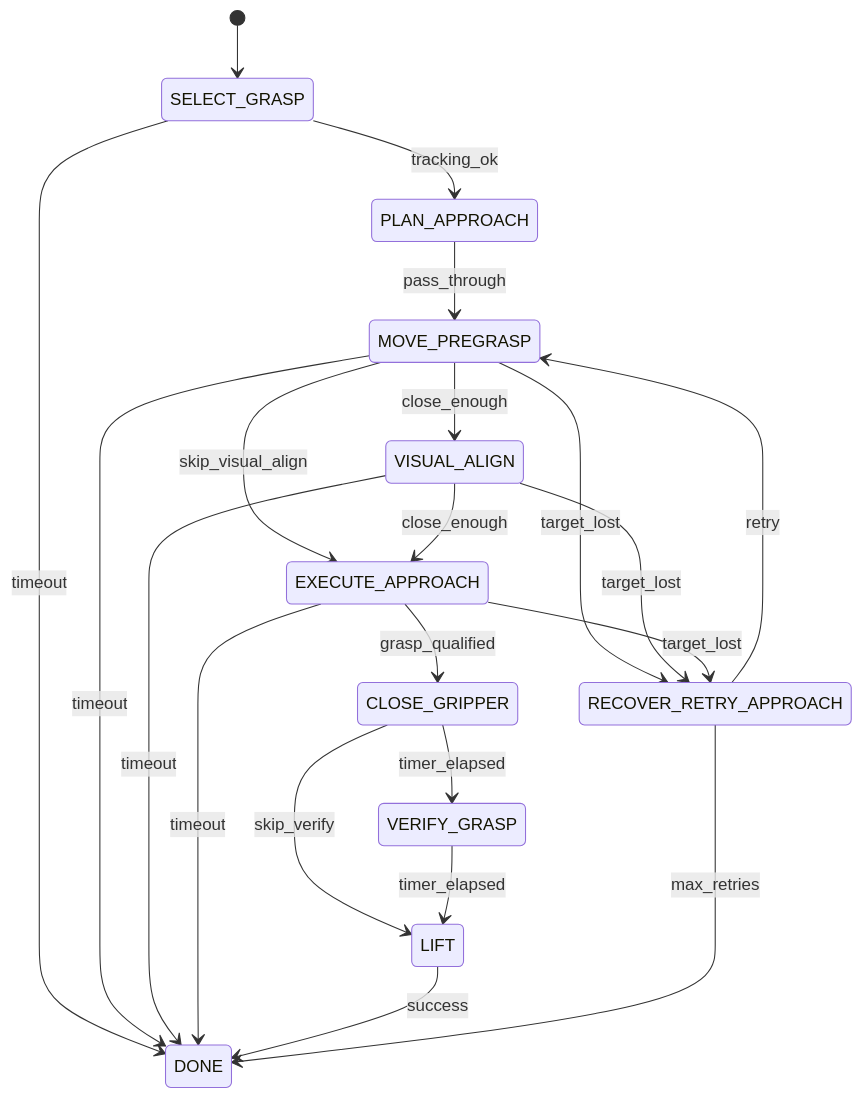
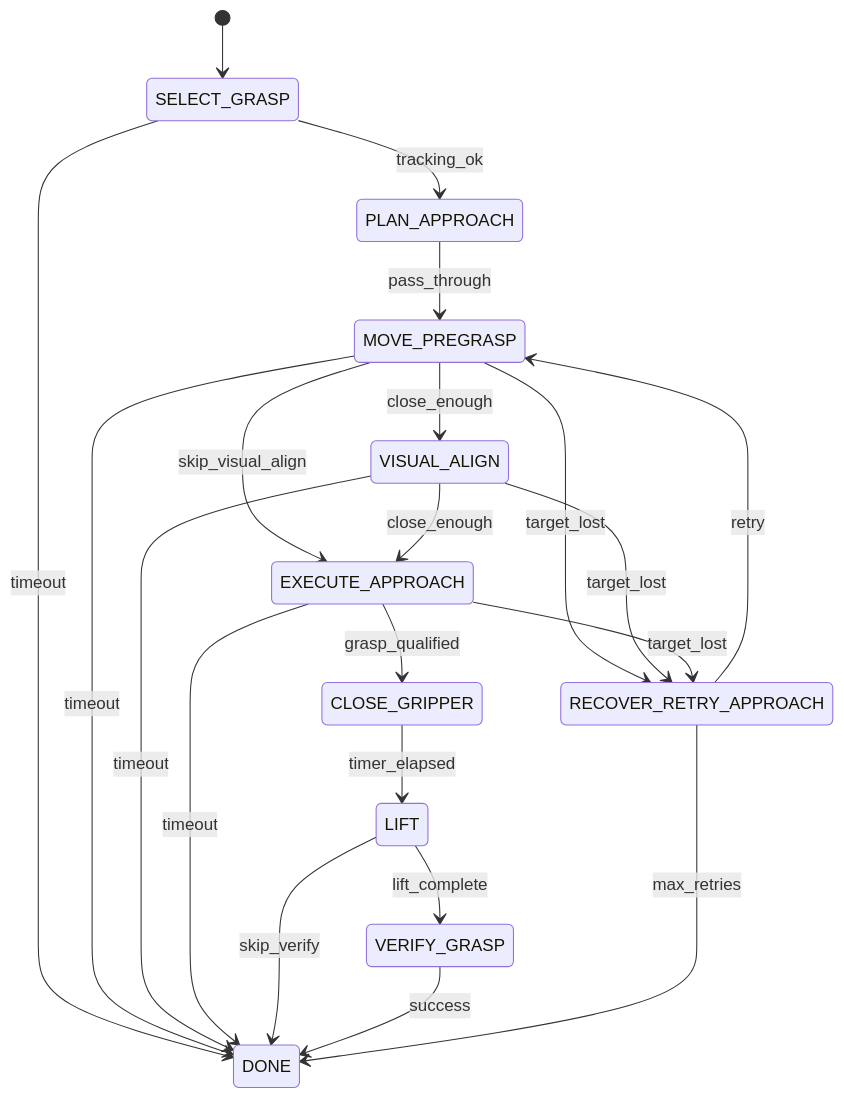
The diagram in configs/skills/pick/default.mmd (andrei-ace/HALO), drawn with Mermaid before and after one commit. The commit also changed 24 other files, not shown here.

```diff
--- a/configs/skills/pick/default.mmd
+++ b/configs/skills/pick/default.mmd
@@ -1,21 +1,21 @@
 stateDiagram-v2
     [*] --> SELECT_GRASP
     SELECT_GRASP --> PLAN_APPROACH : tracking_ok
     SELECT_GRASP --> DONE : timeout
     PLAN_APPROACH --> MOVE_PREGRASP : pass_through
     MOVE_PREGRASP --> VISUAL_ALIGN : close_enough
     MOVE_PREGRASP --> RECOVER_RETRY_APPROACH : target_lost
     MOVE_PREGRASP --> EXECUTE_APPROACH : skip_visual_align
     MOVE_PREGRASP --> DONE : timeout
     VISUAL_ALIGN --> EXECUTE_APPROACH : close_enough
     VISUAL_ALIGN --> RECOVER_RETRY_APPROACH : target_lost
     VISUAL_ALIGN --> DONE : timeout
     EXECUTE_APPROACH --> CLOSE_GRIPPER : grasp_qualified
     EXECUTE_APPROACH --> RECOVER_RETRY_APPROACH : target_lost
     EXECUTE_APPROACH --> DONE : timeout
-    CLOSE_GRIPPER --> VERIFY_GRASP : timer_elapsed
-    CLOSE_GRIPPER --> LIFT : skip_verify
-    VERIFY_GRASP --> LIFT : timer_elapsed
-    LIFT --> DONE : success
+    CLOSE_GRIPPER --> LIFT : timer_elapsed
+    LIFT --> VERIFY_GRASP : lift_complete
+    LIFT --> DONE : skip_verify
+    VERIFY_GRASP --> DONE : success
     RECOVER_RETRY_APPROACH --> MOVE_PREGRASP : retry
     RECOVER_RETRY_APPROACH --> DONE : max_retries
```
